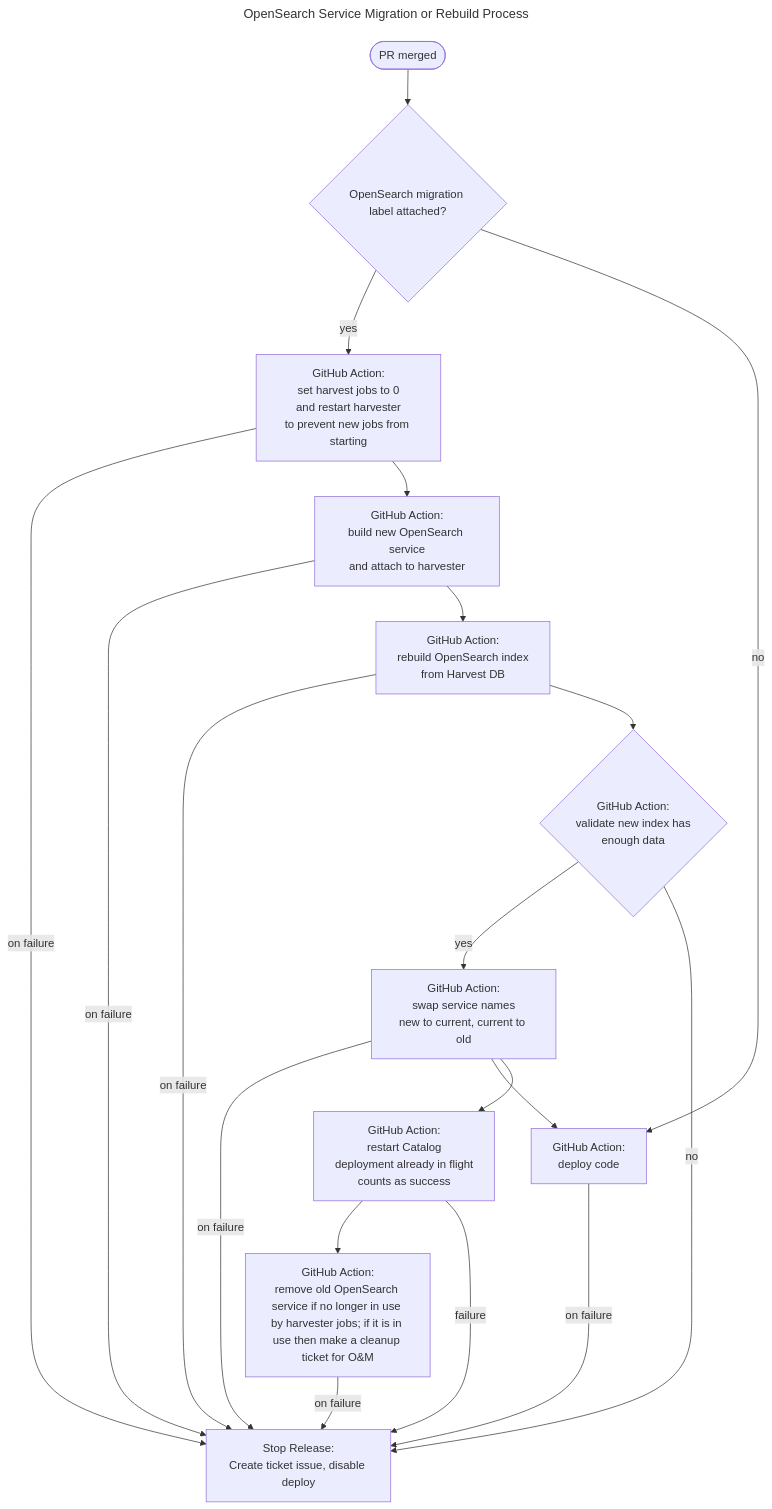
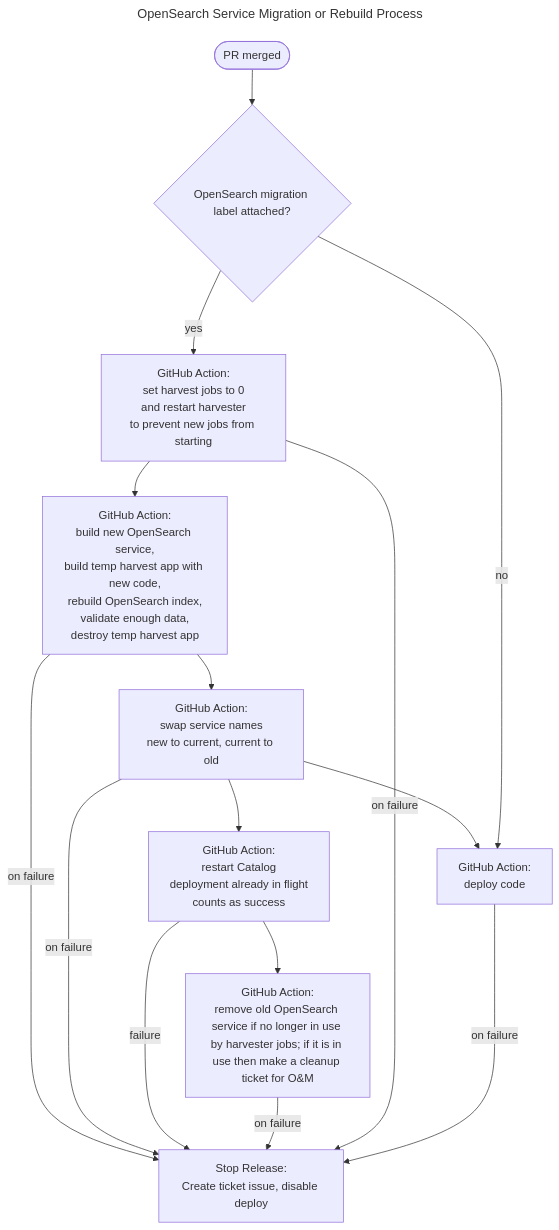
The diagram in docs/diagrams/mermaid/src/services_migrate_or_rebuild_process.md (GSA/datagov-harvester), drawn with Mermaid before and after one commit. The commit also changed 1 other file, not shown here.

Commit message:
Update diagram based on pairing session

````diff
--- a/docs/diagrams/mermaid/src/services_migrate_or_rebuild_process.md
+++ b/docs/diagrams/mermaid/src/services_migrate_or_rebuild_process.md
@@ -1,29 +1,23 @@
 ```mermaid
 ---
 title: OpenSearch Service Migration or Rebuild Process
 ---
 flowchart TD
 	trigger([PR merged]) --> labelCheck{OpenSearch migration label attached?}
 
-	labelCheck -->|yes| scaleHarvest[GitHub Action:<br/>set harvest jobs to 0<br/>and restart harvester<br/>to prevent new jobs from starting]
-	labelCheck -->|no| deployCodeOnly[GitHub Action:<br/>deploy code]
-	scaleHarvest -->|on failure| halt
-	deployCodeOnly -->|on failure| halt
-
-	scaleHarvest --> buildService[GitHub Action:<br/>build new OpenSearch service<br/>and attach to harvester]
-	buildService -->|on failure| halt
-
-	buildService --> rebuildIndex[GitHub Action:<br/>rebuild OpenSearch index<br/>from Harvest DB]
-	rebuildIndex -->|on failure| halt
-	rebuildIndex --> validateIndex{GitHub Action:<br/>validate new index has<br/>enough data}
-
-	validateIndex -->|yes| swapServices[GitHub Action:<br/>swap service names<br/>new to current, current to old<br>]
-	validateIndex -->|no| halt[Stop Release:<br/>Create ticket issue, disable deploy<br>]
+	scaleHarvest --> prepareOpenSearch[GitHub Action:<br/>build new OpenSearch service,<br/>build temp harvest app with new code,<br/>rebuild OpenSearch index,<br/>validate enough data,<br/>destroy temp harvest app]
+	prepareOpenSearch -->|on failure| halt[Stop Release:<br/>Create ticket issue, disable deploy<br>]
+	prepareOpenSearch --> swapServices[GitHub Action:<br/>swap service names<br/>new to current, current to old<br>]
 	swapServices -->|on failure| halt
 
 	swapServices --> deployCodeOnly[GitHub Action:<br/>deploy code]
 	swapServices --> restartCatalogMigration[GitHub Action:<br/>restart Catalog<br/>deployment already in flight<br/>counts as success]
 	restartCatalogMigration --> removeOld[GitHub Action:<br/>remove old OpenSearch service if no longer in use by harvester jobs; if it is in use then make a cleanup ticket for O&M]
 	restartCatalogMigration -->|failure| halt
 	removeOld -->|on failure| halt
+
+    labelCheck -->|yes| scaleHarvest[GitHub Action:<br/>set harvest jobs to 0<br/>and restart harvester<br/>to prevent new jobs from starting]
+	labelCheck -->|no| deployCodeOnly[GitHub Action:<br/>deploy code]
+	scaleHarvest -->|on failure| halt
+	deployCodeOnly -->|on failure| halt
 ```
````
